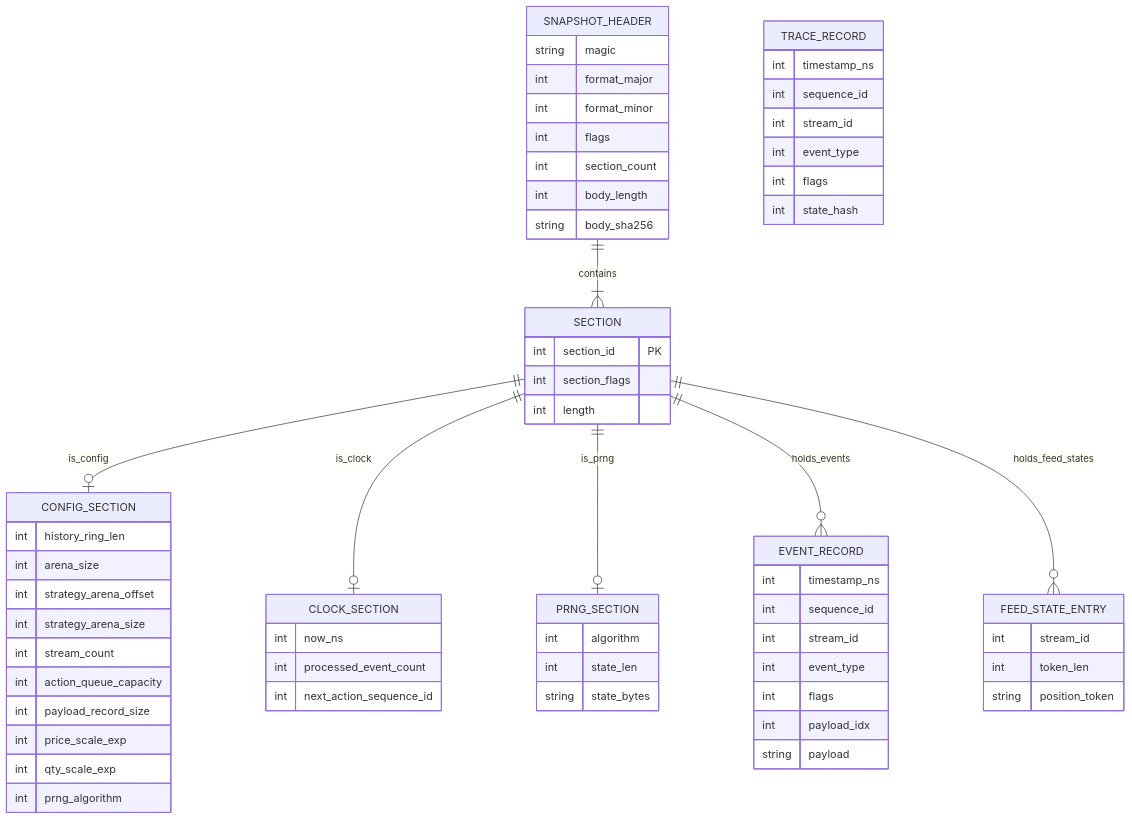
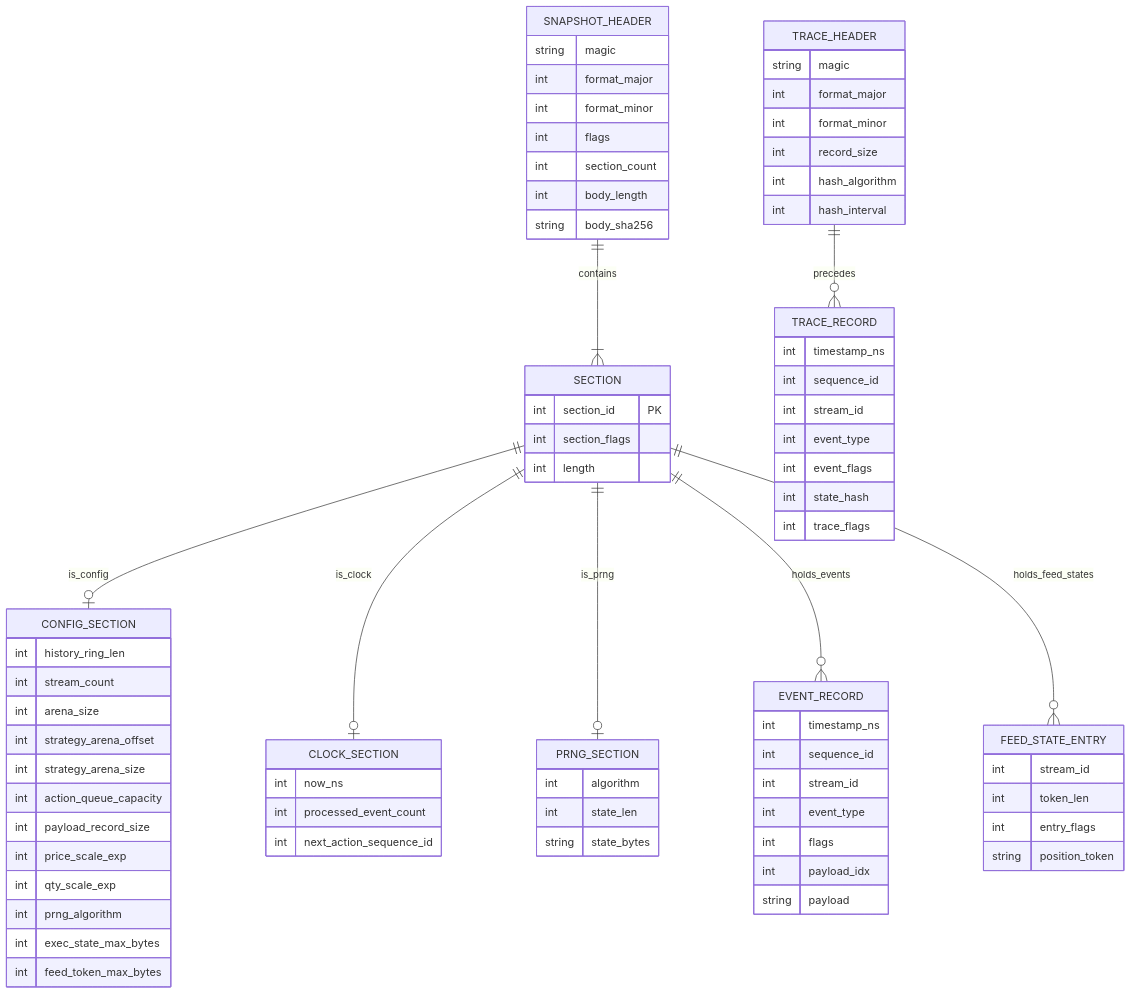
Before and after one commit to xzyozi/event_kernel: the diagram in docs/design/EK-DS-001_データ構造仕様書.md, drawn with Mermaid. The commit also changed other lines of this file and 1 other file, not shown here.

````diff
--- a/docs/design/EK-DS-001_データ構造仕様書.md
+++ b/docs/design/EK-DS-001_データ構造仕様書.md
@@ -68,68 +72,81 @@
 ```mermaid
 erDiagram
     SNAPSHOT_HEADER ||--|{ SECTION : contains
     SECTION ||--o| CONFIG_SECTION : is_config
     SECTION ||--o| CLOCK_SECTION : is_clock
     SECTION ||--o| PRNG_SECTION : is_prng
     SECTION ||--o{ EVENT_RECORD : holds_events
     SECTION ||--o{ FEED_STATE_ENTRY : holds_feed_states
+    TRACE_HEADER ||--o{ TRACE_RECORD : precedes
 
     SNAPSHOT_HEADER {
         string magic
         int format_major
         int format_minor
         int flags
         int section_count
         int body_length
         string body_sha256
     }
     SECTION {
         int section_id PK
         int section_flags
         int length
     }
     CONFIG_SECTION {
         int history_ring_len
+        int stream_count
         int arena_size
         int strategy_arena_offset
         int strategy_arena_size
-        int stream_count
         int action_queue_capacity
         int payload_record_size
         int price_scale_exp
         int qty_scale_exp
         int prng_algorithm
+        int exec_state_max_bytes
+        int feed_token_max_bytes
     }
     CLOCK_SECTION {
         int now_ns
         int processed_event_count
         int next_action_sequence_id
     }
     PRNG_SECTION {
         int algorithm
         int state_len
         string state_bytes
     }
     EVENT_RECORD {
         int timestamp_ns
         int sequence_id
         int stream_id
         int event_type
         int flags
         int payload_idx
         string payload
     }
     FEED_STATE_ENTRY {
         int stream_id
         int token_len
+        int entry_flags
         string position_token
+    }
+    TRACE_HEADER {
+        string magic
+        int format_major
+        int format_minor
+        int record_size
+        int hash_algorithm
+        int hash_interval
     }
     TRACE_RECORD {
         int timestamp_ns
         int sequence_id
         int stream_id
         int event_type
-        int flags
+        int event_flags
         int state_hash
+        int trace_flags
     }
 ```
````
